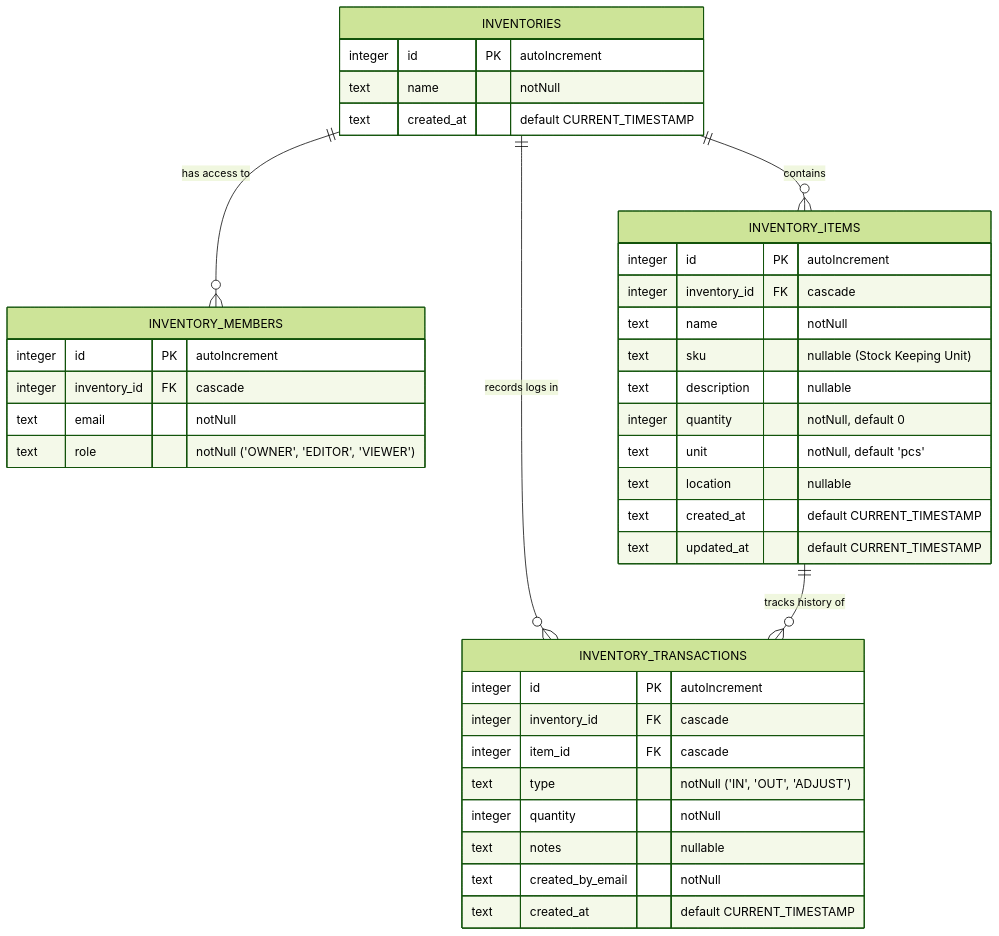
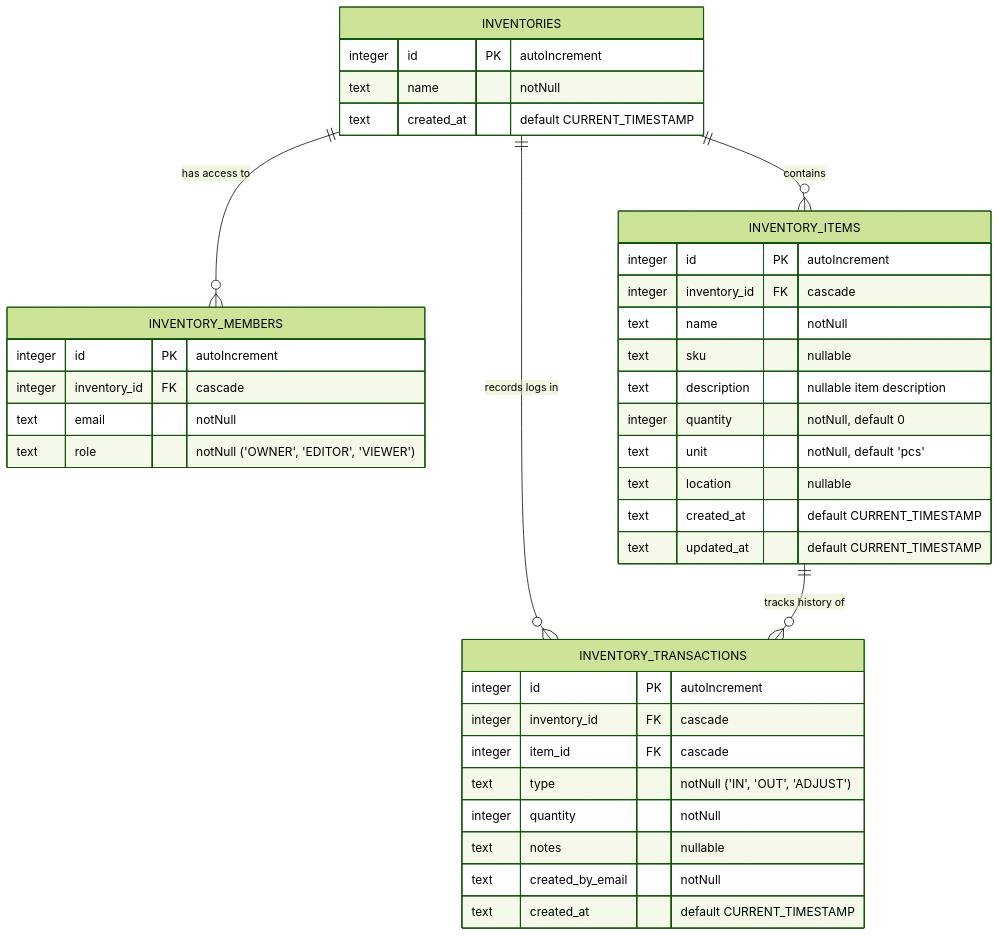
Before and after one commit to smkdwiguna/dwiguna-info: the diagram in docs/inventory.md, drawn with Mermaid (forest theme). The commit also changed other lines of this file and 9 other files, not shown here.

````diff
--- a/docs/inventory.md
+++ b/docs/inventory.md
@@ -32,44 +17,44 @@
 ```mermaid
 erDiagram
     INVENTORIES ||--o{ INVENTORY_MEMBERS : "has access to"
     INVENTORIES ||--o{ INVENTORY_ITEMS : "contains"
     INVENTORIES ||--o{ INVENTORY_TRANSACTIONS : "records logs in"
     INVENTORY_ITEMS ||--o{ INVENTORY_TRANSACTIONS : "tracks history of"
 
     INVENTORIES {
         integer id PK "autoIncrement"
         text name "notNull"
         text created_at "default CURRENT_TIMESTAMP"
     }
 
     INVENTORY_MEMBERS {
         integer id PK "autoIncrement"
         integer inventory_id FK "cascade"
         text email "notNull"
         text role "notNull ('OWNER', 'EDITOR', 'VIEWER')"
     }
 
     INVENTORY_ITEMS {
         integer id PK "autoIncrement"
         integer inventory_id FK "cascade"
         text name "notNull"
-        text sku "nullable (Stock Keeping Unit)"
-        text description "nullable"
+        text sku "nullable"
+        text description "nullable item description"
         integer quantity "notNull, default 0"
         text unit "notNull, default 'pcs'"
         text location "nullable"
         text created_at "default CURRENT_TIMESTAMP"
         text updated_at "default CURRENT_TIMESTAMP"
     }
 
     INVENTORY_TRANSACTIONS {
         integer id PK "autoIncrement"
         integer inventory_id FK "cascade"
         integer item_id FK "cascade"
         text type "notNull ('IN', 'OUT', 'ADJUST')"
         integer quantity "notNull"
         text notes "nullable"
         text created_by_email "notNull"
         text created_at "default CURRENT_TIMESTAMP"
     }
 ```
````
